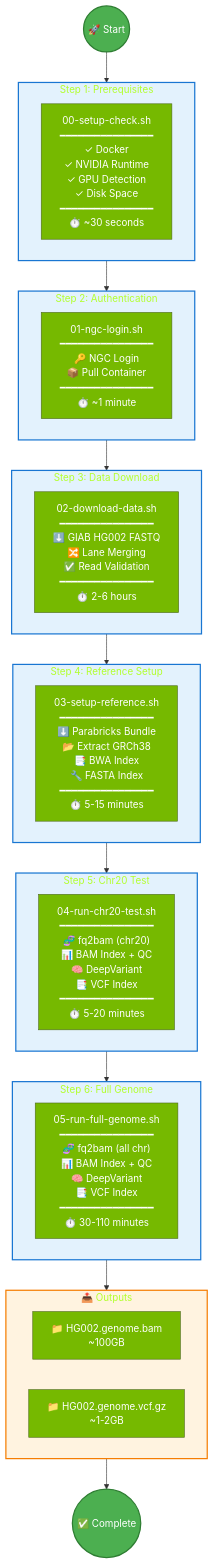
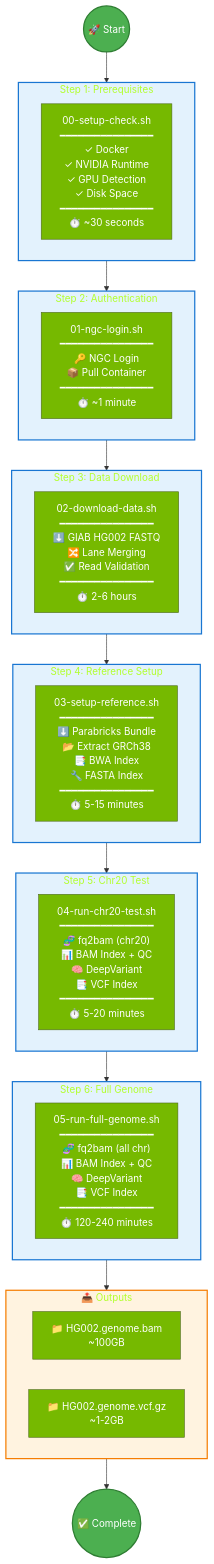
The diagram in genomics-pipeline/docs/pipeline-workflow.mmd (ajones1923/hcls-ai-factory), drawn with Mermaid before and after one commit. The commit also changed 1 other file, not shown here.

```diff
--- a/genomics-pipeline/docs/pipeline-workflow.mmd
+++ b/genomics-pipeline/docs/pipeline-workflow.mmd
@@ -1,47 +1,47 @@
 %%{init: {'theme': 'base', 'themeVariables': { 'primaryColor': '#76B900', 'primaryTextColor': '#fff', 'lineColor': '#333'}}}%%
 
 flowchart TB
     START(("🚀 Start"))
 
     subgraph S1["Step 1: Prerequisites"]
         CHECK["00-setup-check.sh<br/>━━━━━━━━━━━━━━━━<br/>✓ Docker<br/>✓ NVIDIA Runtime<br/>✓ GPU Detection<br/>✓ Disk Space<br/>━━━━━━━━━━━━━━━━<br/>⏱️ ~30 seconds"]
     end
 
     subgraph S2["Step 2: Authentication"]
         LOGIN["01-ngc-login.sh<br/>━━━━━━━━━━━━━━━━<br/>🔑 NGC Login<br/>📦 Pull Container<br/>━━━━━━━━━━━━━━━━<br/>⏱️ ~1 minute"]
     end
 
     subgraph S3["Step 3: Data Download"]
         DOWNLOAD["02-download-data.sh<br/>━━━━━━━━━━━━━━━━<br/>⬇️ GIAB HG002 FASTQ<br/>🔀 Lane Merging<br/>✅ Read Validation<br/>━━━━━━━━━━━━━━━━<br/>⏱️ 2-6 hours"]
     end
 
     subgraph S4["Step 4: Reference Setup"]
         REFERENCE["03-setup-reference.sh<br/>━━━━━━━━━━━━━━━━<br/>⬇️ Parabricks Bundle<br/>📂 Extract GRCh38<br/>📑 BWA Index<br/>🔧 FASTA Index<br/>━━━━━━━━━━━━━━━━<br/>⏱️ 5-15 minutes"]
     end
 
     subgraph S5["Step 5: Chr20 Test"]
         TEST["04-run-chr20-test.sh<br/>━━━━━━━━━━━━━━━━<br/>🧬 fq2bam (chr20)<br/>📊 BAM Index + QC<br/>🧠 DeepVariant<br/>📑 VCF Index<br/>━━━━━━━━━━━━━━━━<br/>⏱️ 5-20 minutes"]
     end
 
     subgraph S6["Step 6: Full Genome"]
-        FULL["05-run-full-genome.sh<br/>━━━━━━━━━━━━━━━━<br/>🧬 fq2bam (all chr)<br/>📊 BAM Index + QC<br/>🧠 DeepVariant<br/>📑 VCF Index<br/>━━━━━━━━━━━━━━━━<br/>⏱️ 30-110 minutes"]
+        FULL["05-run-full-genome.sh<br/>━━━━━━━━━━━━━━━━<br/>🧬 fq2bam (all chr)<br/>📊 BAM Index + QC<br/>🧠 DeepVariant<br/>📑 VCF Index<br/>━━━━━━━━━━━━━━━━<br/>⏱️ 120-240 minutes"]
     end
 
     subgraph OUT["📤 Outputs"]
         direction LR
         BAM["📁 HG002.genome.bam<br/>~100GB"]
         VCF["📁 HG002.genome.vcf.gz<br/>~1-2GB"]
     end
 
     DONE(("✅ Complete"))
 
     START --> S1 --> S2 --> S3 --> S4 --> S5 --> S6 --> OUT --> DONE
 
     %% Styling
     classDef startEnd fill:#4CAF50,stroke:#2E7D32,stroke-width:2px,color:#fff
     classDef stepBox fill:#E3F2FD,stroke:#1976D2,stroke-width:2px
     classDef outputBox fill:#FFF3E0,stroke:#F57C00,stroke-width:2px
 
     class START,DONE startEnd
     class S1,S2,S3,S4,S5,S6 stepBox
     class OUT outputBox
```
